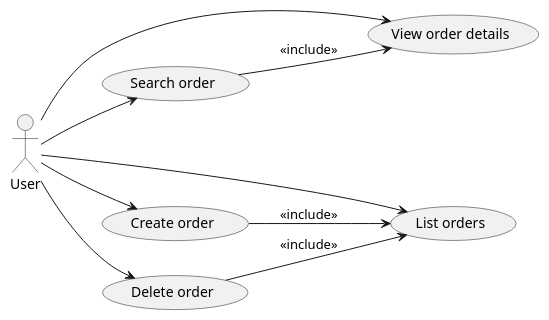
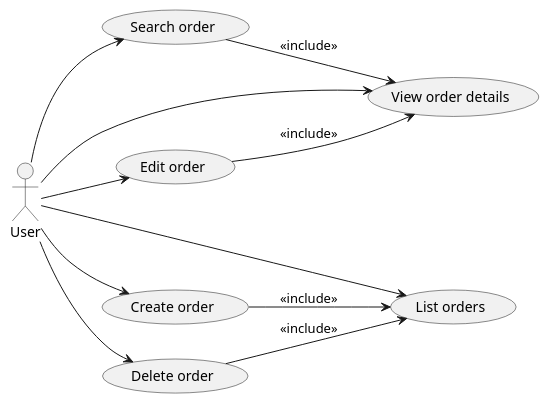
One commit to SebastianSubra/sebastian-subra changed the diagram in demo/src/main/resources/plantuml/casos.puml. Above: the diagram before and after it, drawn with PlantUML. The commit also changed 1 other file, not shown here.

```diff
--- a/demo/src/main/resources/plantuml/casos.puml
+++ b/demo/src/main/resources/plantuml/casos.puml
@@ -1,16 +1,18 @@
 @startuml
 left to right direction
 
 actor User
 
 User --> (List orders)
 User --> (Search order)
 User --> (View order details)
 User --> (Create order)
+User --> (Edit order)
 User --> (Delete order)
 
 (Search order) --> (View order details) : <<include>>
 (Create order) --> (List orders) : <<include>>
+(Edit order) --> (View order details) : <<include>>
 (Delete order) --> (List orders) : <<include>>
 
 @enduml
```
